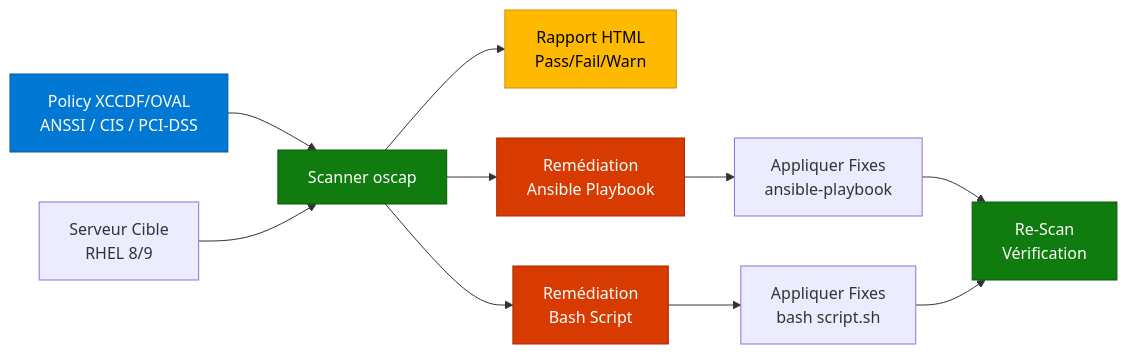
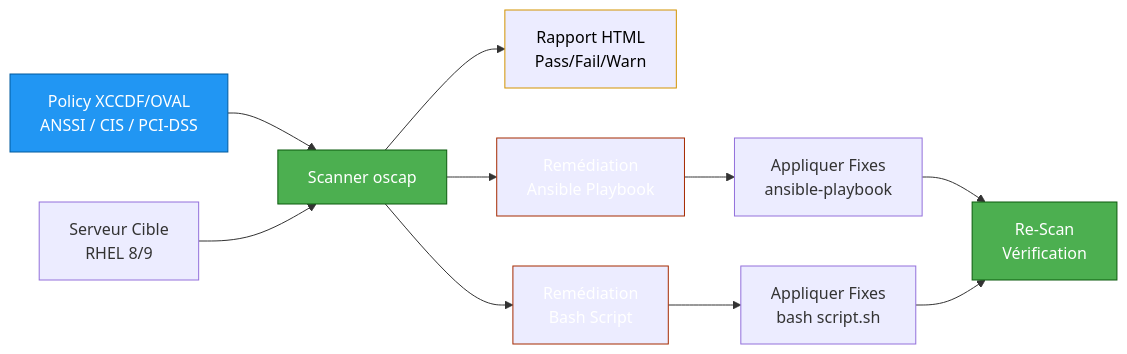
One commit to VBlackJack/ShellBook changed the diagram in docs/linux/rhel-openscap-compliance.md. Above: the diagram before and after it, drawn with Mermaid. The commit also changed 337 other files, not shown here.

First line of the commit message:
refactor(docs): Standardize code blocks and Mermaid colors

````diff
--- a/docs/linux/rhel-openscap-compliance.md
+++ b/docs/linux/rhel-openscap-compliance.md
@@ -27,22 +27,22 @@
 ```mermaid
 flowchart LR
     A[Policy XCCDF/OVAL<br/>ANSSI / CIS / PCI-DSS] --> B[Scanner oscap]
     C[Serveur Cible<br/>RHEL 8/9] --> B
 
     B --> D[Rapport HTML<br/>Pass/Fail/Warn]
     B --> E[Remédiation<br/>Ansible Playbook]
     B --> F[Remédiation<br/>Bash Script]
 
     E --> G[Appliquer Fixes<br/>ansible-playbook]
     F --> H[Appliquer Fixes<br/>bash script.sh]
 
     G --> I[Re-Scan<br/>Vérification]
     H --> I
 
-    style A fill:#0078d4,stroke:#005a9e,color:#fff
-    style B fill:#107c10,stroke:#0b5a0d,color:#fff
-    style D fill:#ffb900,stroke:#d39300,color:#000
-    style E fill:#d83b01,stroke:#a52a00,color:#fff
-    style F fill:#d83b01,stroke:#a52a00,color:#fff
-    style I fill:#107c10,stroke:#0b5a0d,color:#fff
+    style A fill:#2196F3,stroke:#005a9e,color:#fff
+    style B fill:#4CAF50,stroke:#0b5a0d,color:#fff
+    style D fill:#FF9800800800,stroke:#d39300,color:#000
+    style E fill:#FF9800800800,stroke:#a52a00,color:#fff
+    style F fill:#FF9800800800,stroke:#a52a00,color:#fff
+    style I fill:#4CAF50,stroke:#0b5a0d,color:#fff
 ```
````
